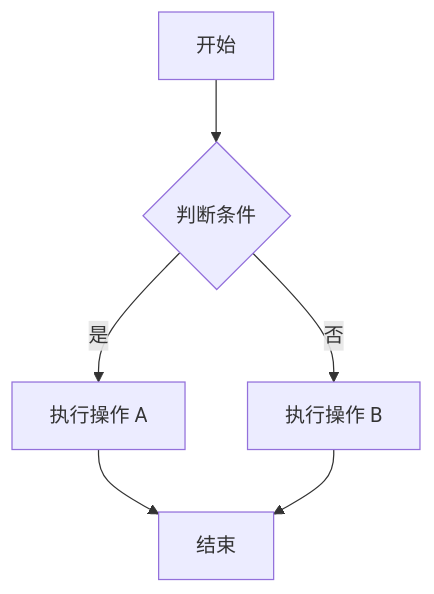
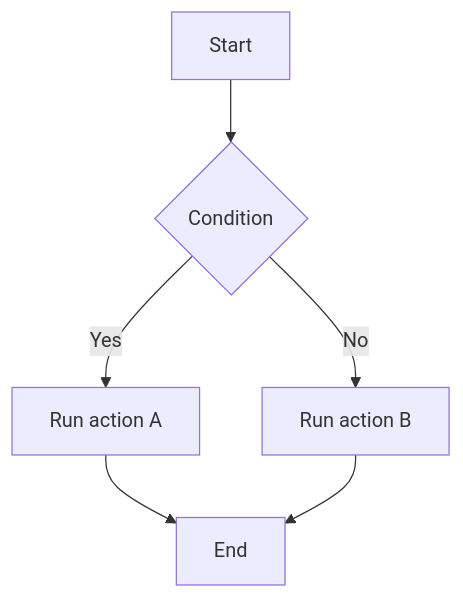
One commit to kxenon0rix/kxenon0rix.github.io changed the first of 5 diagrams in content/articles/markdown-test.md. Above: the diagram before and after it, drawn with Mermaid. The commit also changed other lines of this file and 35 other files, not shown here.

````diff
--- a/content/articles/markdown-test.md
+++ b/content/articles/markdown-test.md
@@ -179,8 +176,8 @@
 ```mermaid
 flowchart TD
-    A[开始] --> B{判断条件}
-    B -->|是| C[执行操作 A]
-    B -->|否| D[执行操作 B]
-    C --> E[结束]
+    A[Start] --> B{Condition}
+    B -->|Yes| C[Run action A]
+    B -->|No| D[Run action B]
+    C --> E[End]
     D --> E
 ```
````
